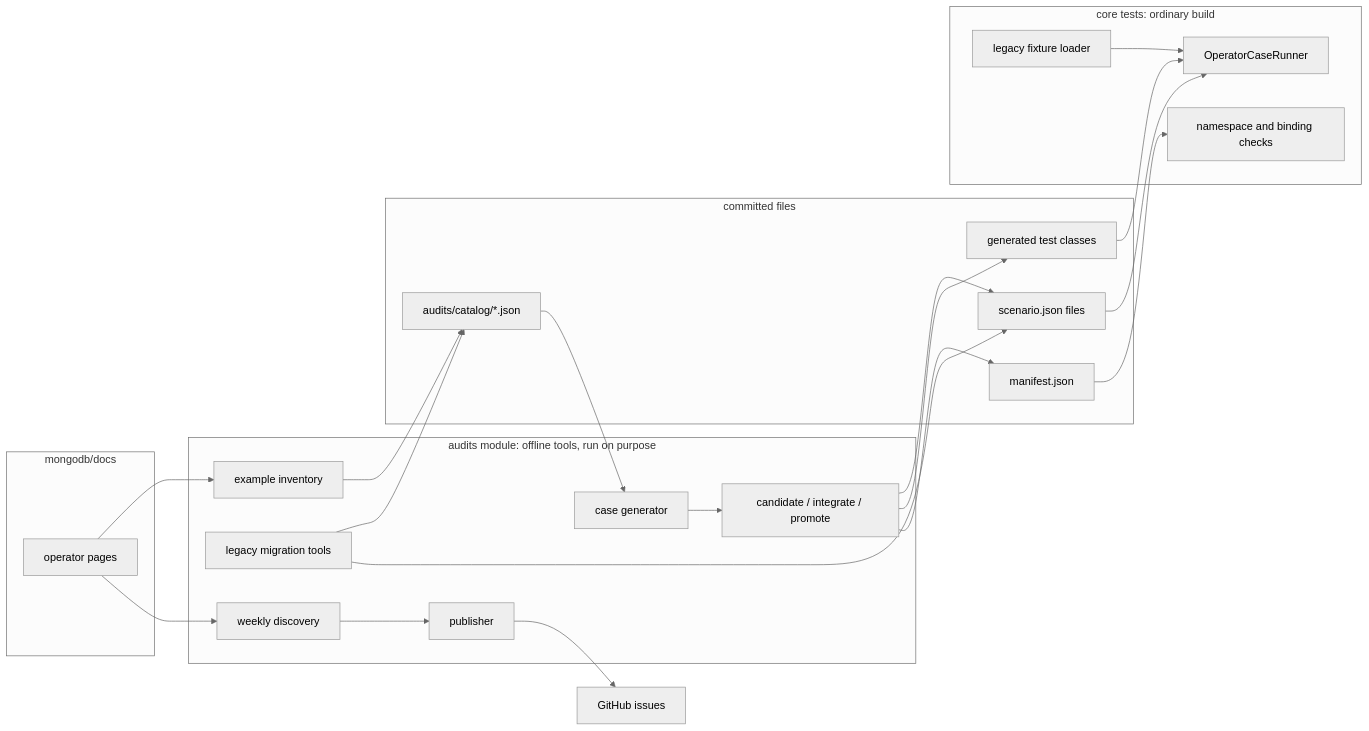
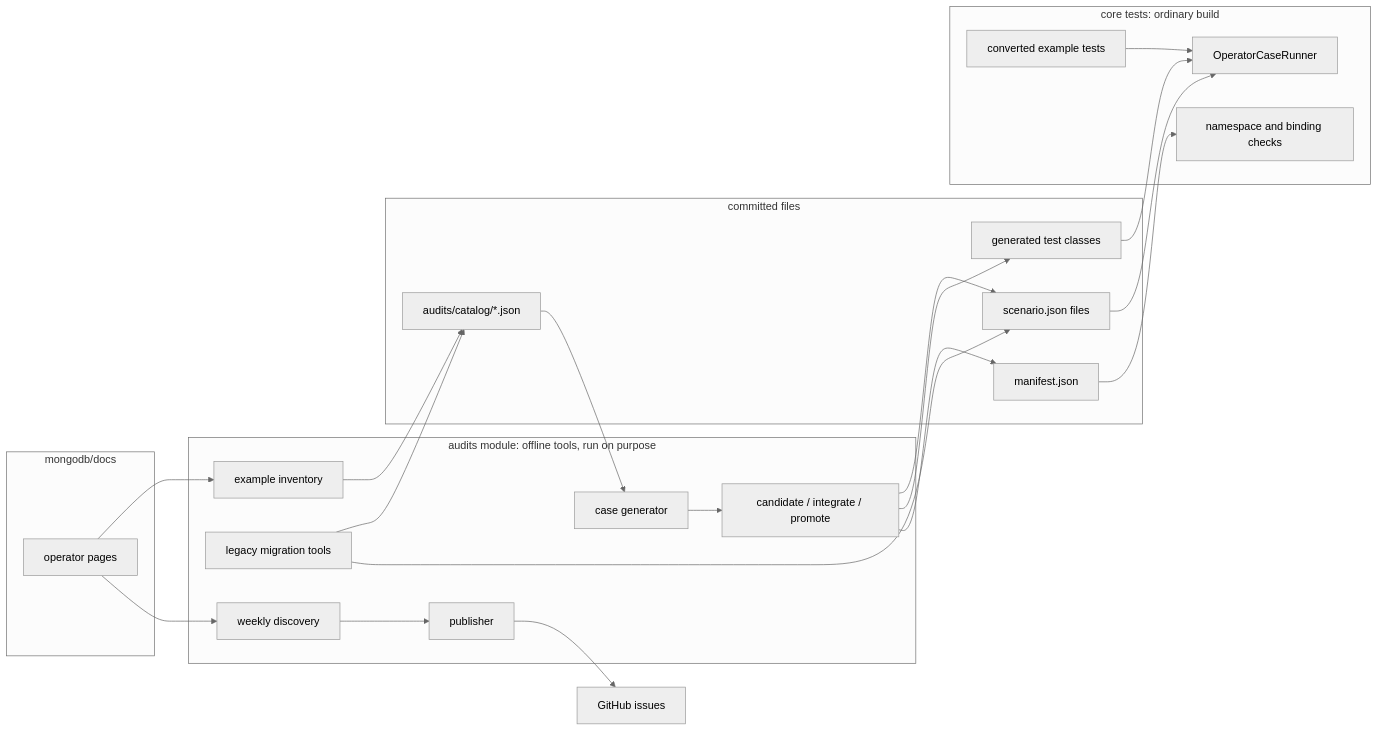
Before and after one commit to MorphiaOrg/morphia: the first of 3 diagrams in design/operator-audits-design.md, drawn with Mermaid (neutral theme). The commit also changed other lines of this file and 3 other files, not shown here.

First line of the commit message:
Retire the legacy fixture loader

````diff
--- a/design/operator-audits-design.md
+++ b/design/operator-audits-design.md
@@ -62,32 +62,32 @@
 ```mermaid
 flowchart LR
     subgraph upstream[mongodb/docs]
         P[operator pages]
     end
     subgraph audits[audits module: offline tools, run on purpose]
         I[example inventory]
         G[case generator]
         C[candidate / integrate / promote]
         M[legacy migration tools]
         D[weekly discovery]
         U[publisher]
     end
     subgraph committed[committed files]
         K[audits/catalog/*.json]
         S[scenario.json files]
         J[generated test classes]
         N[manifest.json]
     end
     subgraph core[core tests: ordinary build]
         R[OperatorCaseRunner]
-        L[legacy fixture loader]
+        L[converted example tests]
         V[namespace and binding checks]
     end
     P --> I --> K
     K --> G --> C --> S & J & N
     M --> K & S
     P --> D --> U --> GH[GitHub issues]
     S & J --> R
     N --> V
     L --> R
 ```
````
